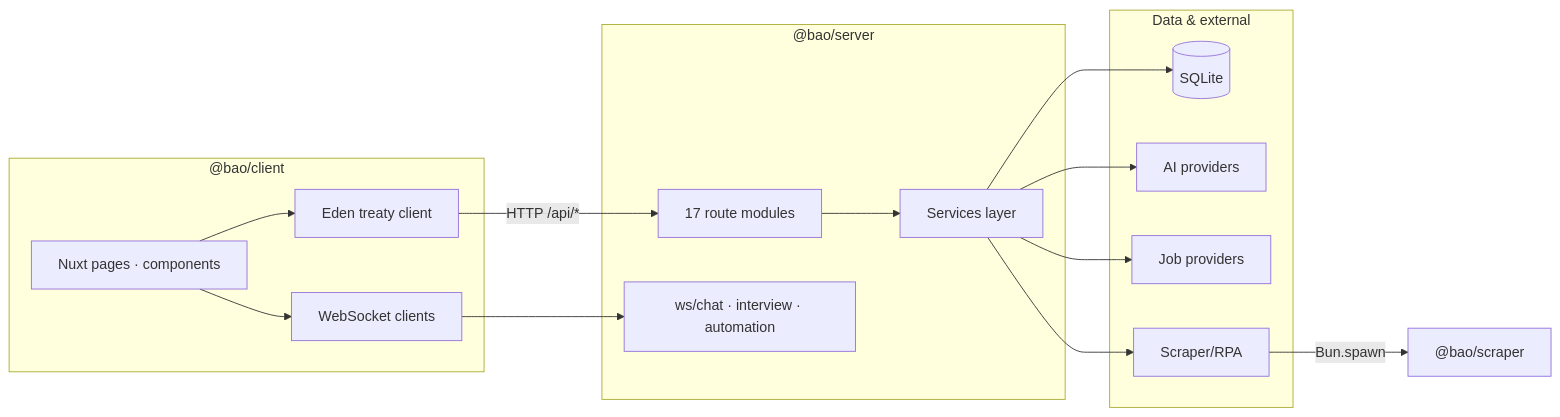
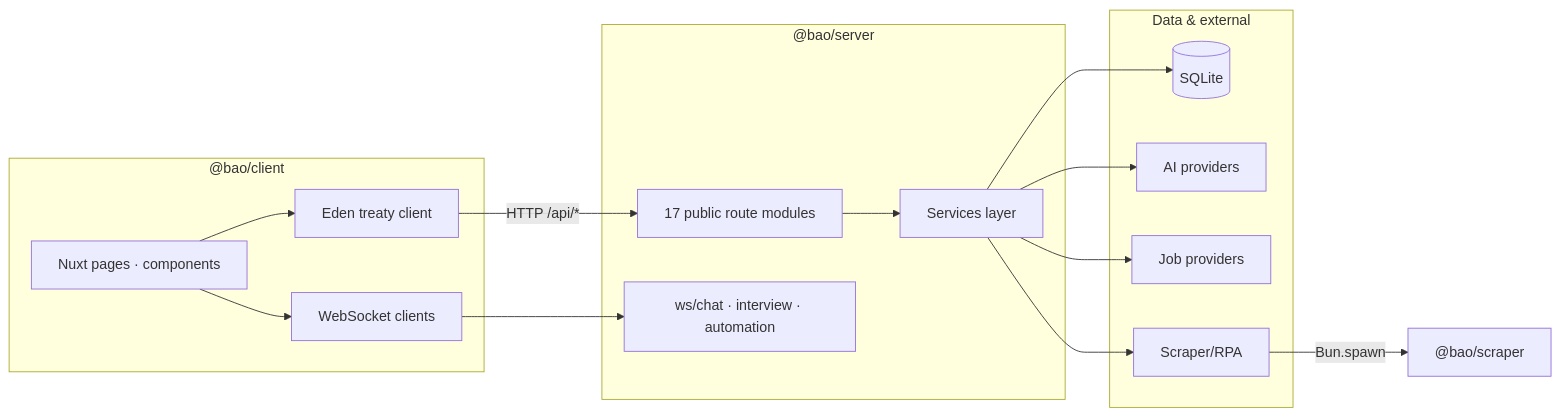
Before and after one commit to d4551/baobuildbuddy: the first of 3 diagrams in README.md, drawn with Mermaid. The commit also changed other lines of this file and 49 other files, not shown here.

````diff
--- a/README.md
+++ b/README.md
@@ -234,32 +234,32 @@
 ```mermaid
 flowchart LR
   subgraph Client["@bao/client"]
     UI["Nuxt pages · components"]
     Eden["Eden treaty client"]
     WS["WebSocket clients"]
   end
 
   subgraph Server["@bao/server"]
-    API["17 route modules"]
+    API["17 public route modules"]
     WSHandlers["ws/chat · interview · automation"]
     Svcs["Services layer"]
   end
 
   subgraph Data["Data & external"]
     DB[("SQLite")]
     AI["AI providers"]
     Jobs["Job providers"]
     RPA["Scraper/RPA"]
   end
 
   UI --> Eden
   UI --> WS
   Eden -->|HTTP /api/*| API
   WS --> WSHandlers
   API --> Svcs
   Svcs --> DB
   Svcs --> AI
   Svcs --> Jobs
   Svcs --> RPA
   RPA -->|Bun.spawn| Scraper["@bao/scraper"]
 ```
````
